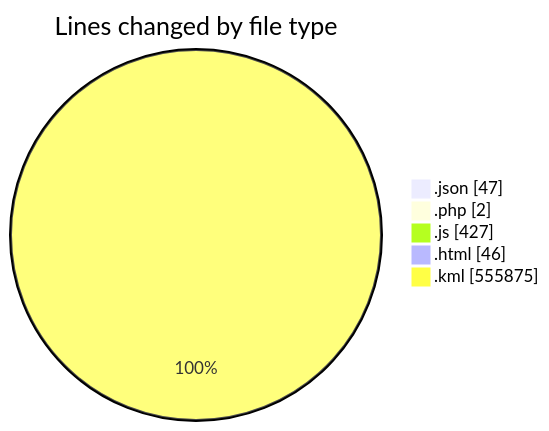
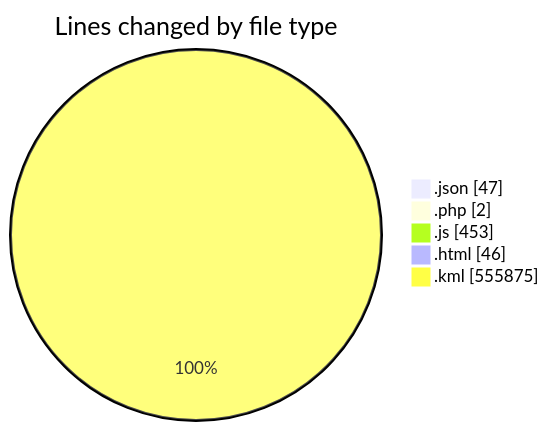
Before and after one commit to LanceThiago/code-tracking: the first of 2 diagrams in 2025-03-27/kml/README.md, drawn with Mermaid. The commit also changed other lines of this file and 1 other file, not shown here.

````diff
--- a/2025-03-27/kml/README.md
+++ b/2025-03-27/kml/README.md
@@ -28,9 +28,9 @@
 ```mermaid
 pie showData
 title Lines changed by file type
 ".json" : 47
 ".php" : 2
-".js" : 427
+".js" : 453
 ".html" : 46
 ".kml" : 555875
 ```
````
